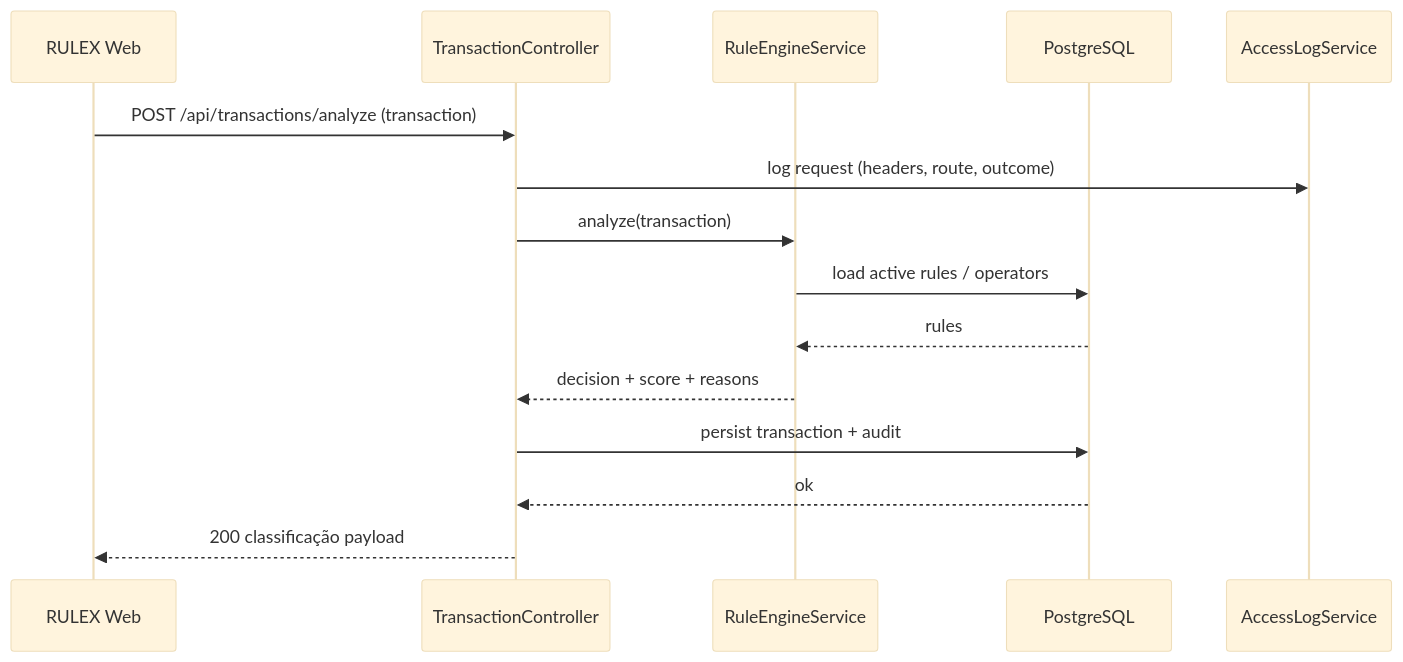
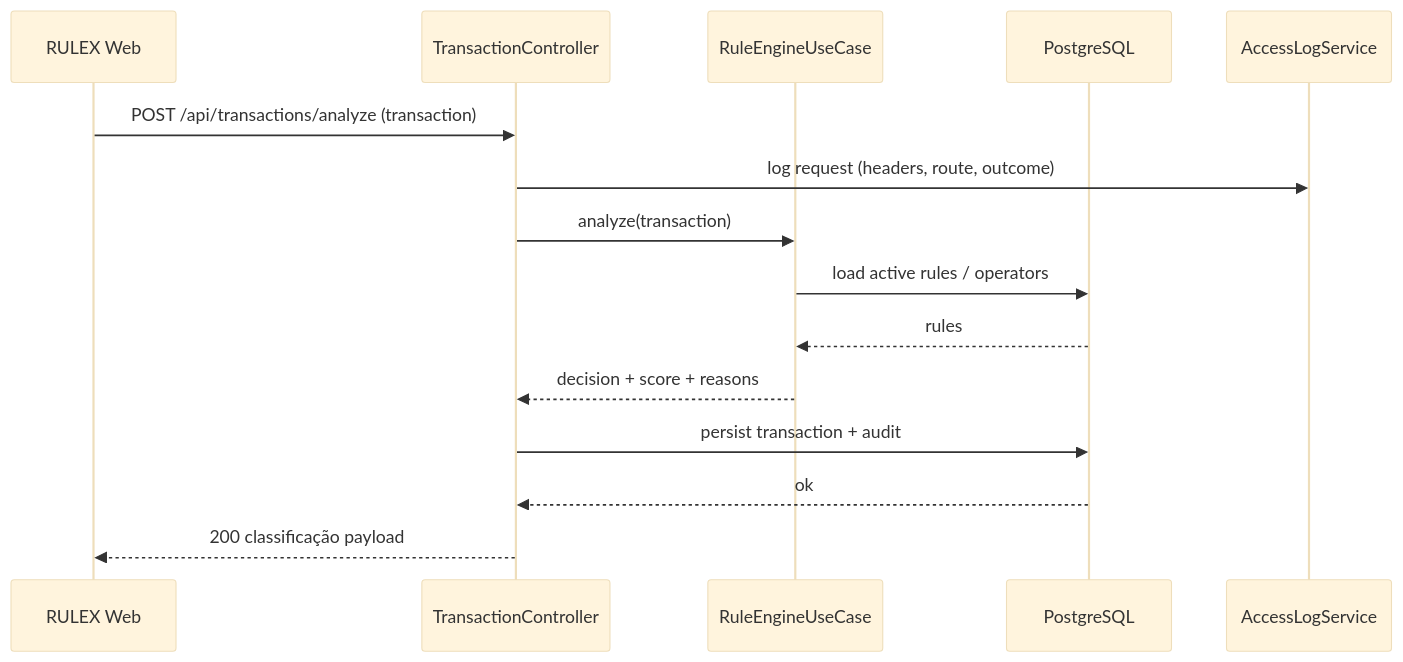
Diagram 21 of 44 in docs/DIAGRAMAS.md (FELIPEACASTRO/RULEX), drawn with Mermaid (base theme) before and after one commit. The commit also changed other lines of this file, not shown here.

Commit message:
docs: update diagrams for use case

````diff
--- a/docs/DIAGRAMAS.md
+++ b/docs/DIAGRAMAS.md
@@ -2460,17 +2460,17 @@
 ```mermaid
 sequenceDiagram
   participant FE as RULEX Web
   participant API as TransactionController
-  participant ENG as RuleEngineService
+    participant ENG as RuleEngineUseCase
   participant DB as PostgreSQL
   participant AUD as AccessLogService
   FE->>API: POST /api/transactions/analyze (transaction)
   API->>AUD: log request (headers, route, outcome)
   API->>ENG: analyze(transaction)
   ENG->>DB: load active rules / operators
   DB-->>ENG: rules
   ENG-->>API: decision + score + reasons
   API->>DB: persist transaction + audit
   DB-->>API: ok
   API-->>FE: 200 classificação payload
 ```
````
